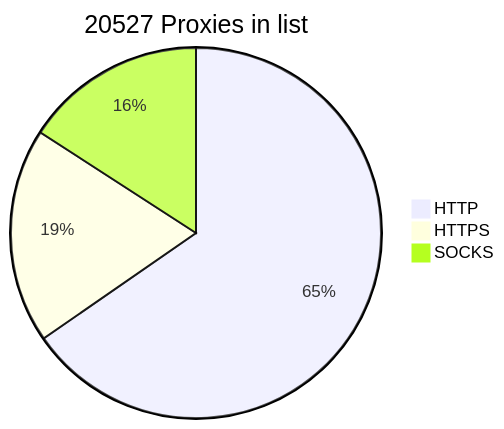
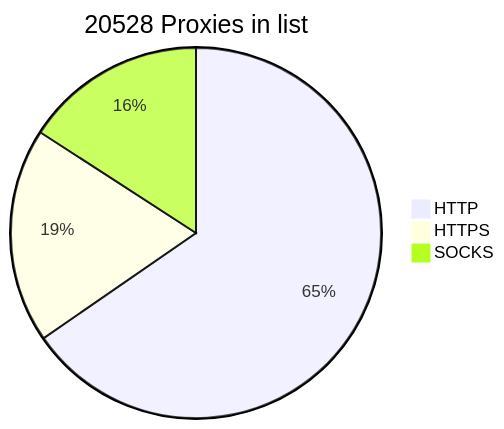
One commit to BlackSnowDot/proxylist-update-every-minute changed the diagram in README.md. Above: the diagram before and after it, drawn with Mermaid.

````diff
--- a/README.md
+++ b/README.md
@@ -2,6 +2,6 @@
 ```mermaid
-pie title 20527 Proxies in list
-    "HTTP" : 15089
-    "HTTPS": 4333
+pie title 20528 Proxies in list
+    "HTTP" : 15100
+    "HTTPS": 4332
     "SOCKS" : 3663
 ```
````
